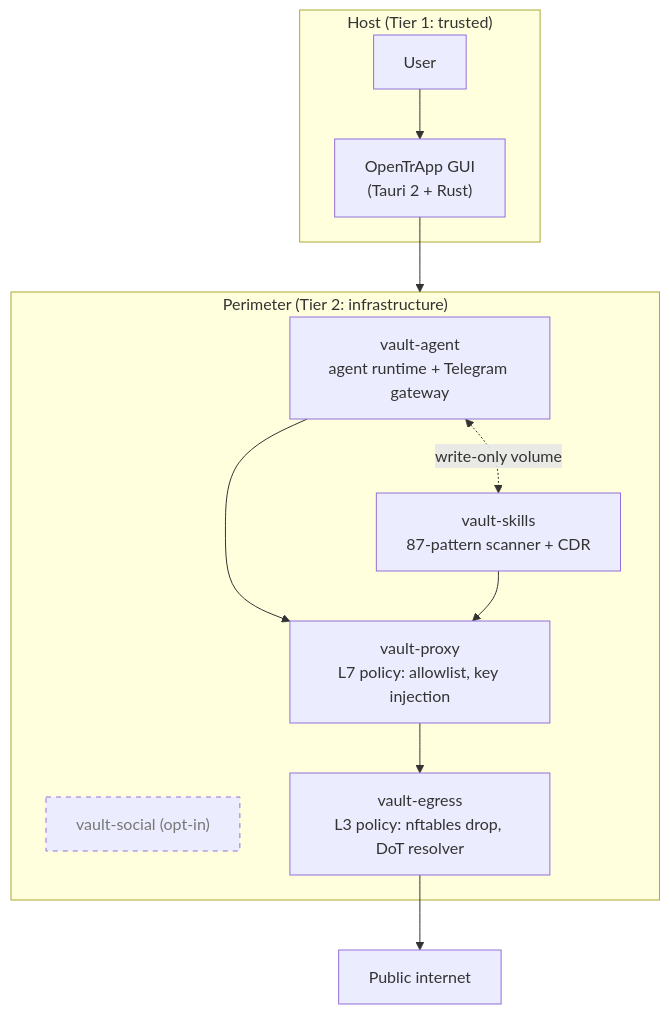
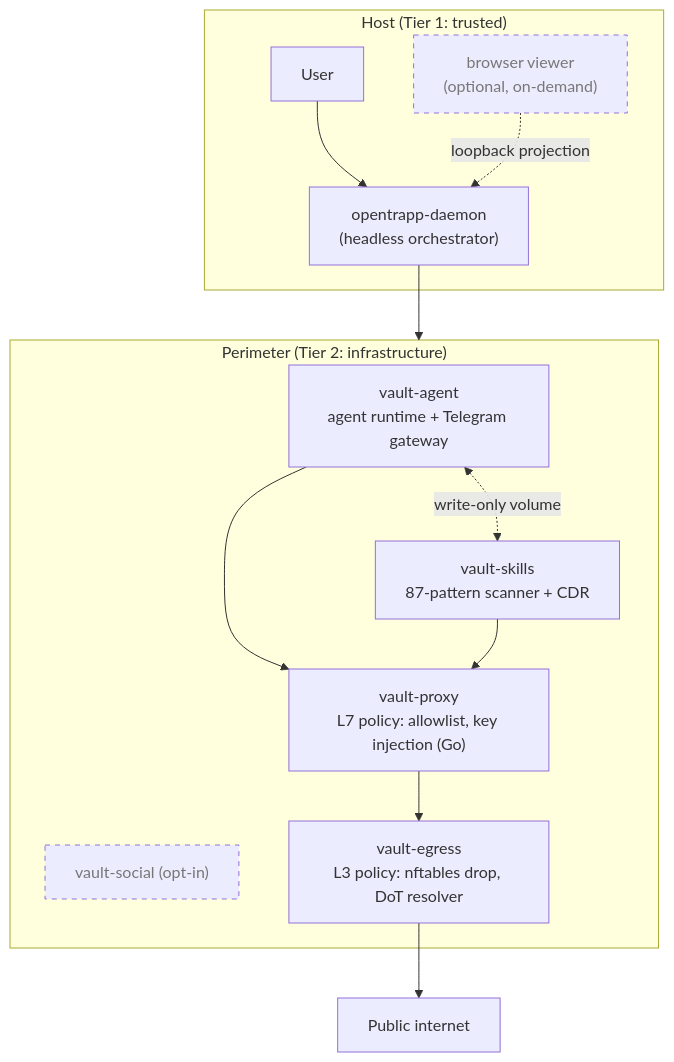
One commit to albertdobmeyer/opentrapp changed the diagram in docs/trifecta.md. Above: the diagram before and after it, drawn with Mermaid. The commit also changed other lines of this file and 8 other files, not shown here.

````diff
--- a/docs/trifecta.md
+++ b/docs/trifecta.md
@@ -57,26 +60,29 @@
 ```mermaid
 flowchart TB
     subgraph HOST["Host (Tier 1: trusted)"]
         USER[User]
-        GUI["OpenTrApp GUI<br/>(Tauri 2 + Rust)"]
+        DAEMON["opentrapp-daemon<br/>(headless orchestrator)"]
+        VIEWER["browser viewer<br/>(optional, on-demand)"]
     end
 
     subgraph PERIMETER["Perimeter (Tier 2: infrastructure)"]
         AGENT["vault-agent<br/>agent runtime + Telegram gateway"]
         FORGE["vault-skills<br/>87-pattern scanner + CDR"]
         SOCIAL["vault-social (opt-in)"]
-        PROXY["vault-proxy<br/>L7 policy: allowlist, key injection"]
+        PROXY["vault-proxy<br/>L7 policy: allowlist, key injection (Go)"]
         EGRESS["vault-egress<br/>L3 policy: nftables drop, DoT resolver"]
     end
 
-    USER --> GUI
-    GUI --> PERIMETER
+    USER --> DAEMON
+    DAEMON --> PERIMETER
+    VIEWER -.->|"loopback projection"| DAEMON
     AGENT --> PROXY
     FORGE --> PROXY
     AGENT <-.->|"write-only volume"| FORGE
     PROXY --> EGRESS
     EGRESS --> EXT[Public internet]
 
     classDef optional stroke-dasharray: 5 5,color:#777
     class SOCIAL optional
+    class VIEWER optional
 ```
````
